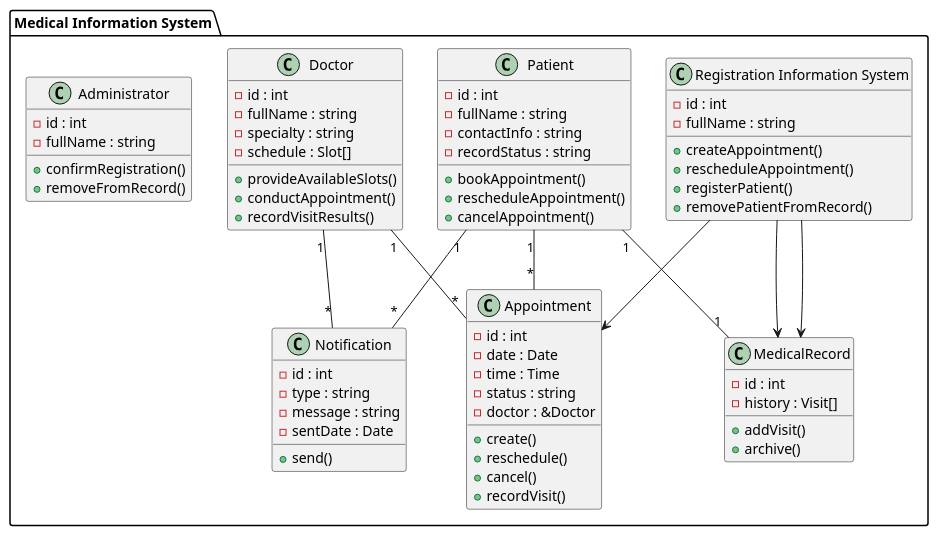
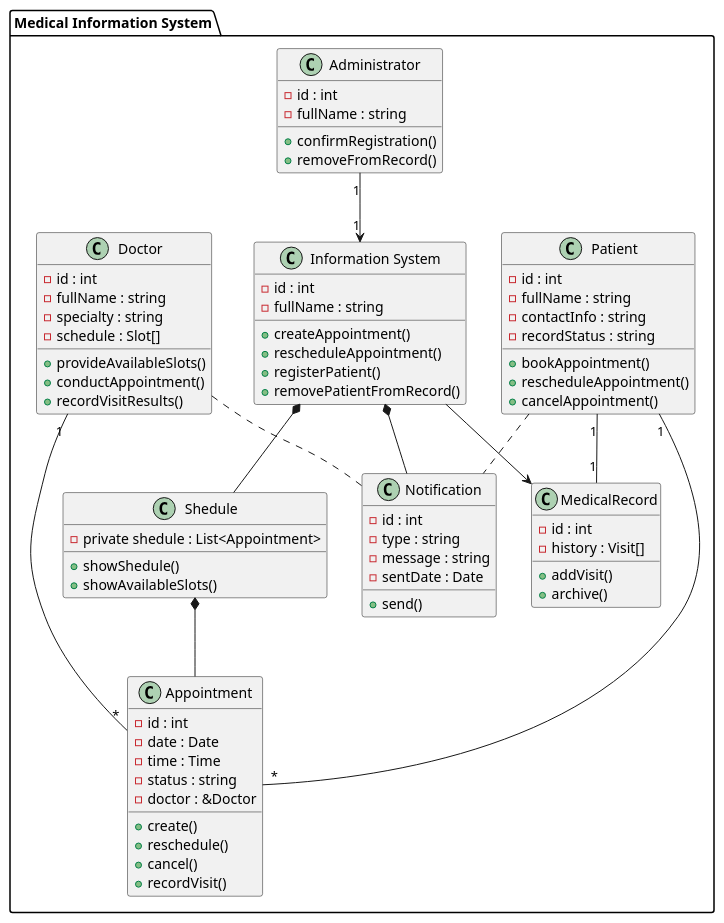
Before and after one commit to penamarth/bsbo-13-23_team3_var3_clinic: the diagram in class_diagram.puml, drawn with PlantUML.

Commit message:
Update class_diagram.puml
Промежуточный процесс изменения диаграммы классов

```diff
--- a/class_diagram.puml
+++ b/class_diagram.puml
@@ -1,76 +1,85 @@
 @startuml
 package "Medical Information System" {
 class Patient {
   - id : int
   - fullName : string
   - contactInfo : string
   - recordStatus : string
   + bookAppointment()
   + rescheduleAppointment()
   + cancelAppointment()
 }
 
-class "Registration Information System" {
+class "Information System" {
   - id : int
   - fullName : string
   + createAppointment()
   + rescheduleAppointment()
   + registerPatient()
   + removePatientFromRecord()
 }
 
 class Doctor {
   - id : int
   - fullName : string
   - specialty : string
   - schedule : Slot[]
   + provideAvailableSlots()
   + conductAppointment()
   + recordVisitResults()
 }
 
 class Administrator {
   - id : int
   - fullName : string
   + confirmRegistration()
   + removeFromRecord()
+}
+
+class Shedule {
+  - private shedule : List<Appointment>
+  + showShedule()
+  + showAvailableSlots()
 }
 
 class Appointment {
   - id : int
   - date : Date
   - time : Time
   - status : string
   - doctor : &Doctor
   + create()
   + reschedule()
   + cancel()
   + recordVisit()
 }
 
 class MedicalRecord {
   - id : int
   - history : Visit[]
   + addVisit()
   + archive()
 }
 
 class Notification {
   - id : int
   - type : string
   - message : string
   - sentDate : Date
   + send()
 }
 
 Patient "1" -- "1" MedicalRecord
 Patient "1" -- "*" Appointment
+Patient .. Notification
+Doctor .. Notification
 Doctor "1" -- "*" Appointment
-Patient "1" -- "*" Notification
-Doctor "1" -- "*" Notification
 
-"Registration Information System" --> Appointment
-"Registration Information System" --> MedicalRecord
-"Registration Information System" --> MedicalRecord
+Administrator "1" --> "1" "Information System"
+
+"Information System" --> MedicalRecord
+"Information System" *-- Shedule
+"Information System" *-- Notification
+Shedule *-- Appointment
 }
 @enduml
```
